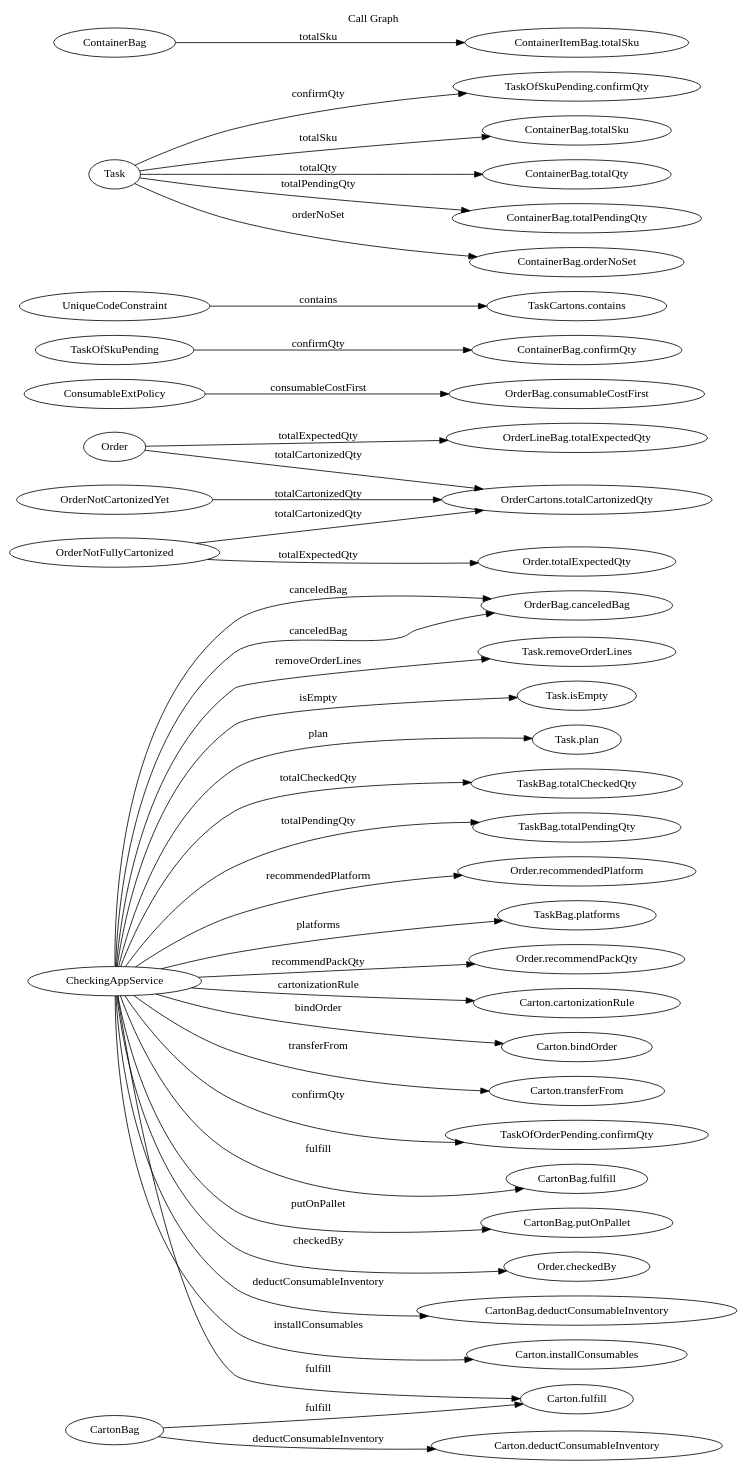
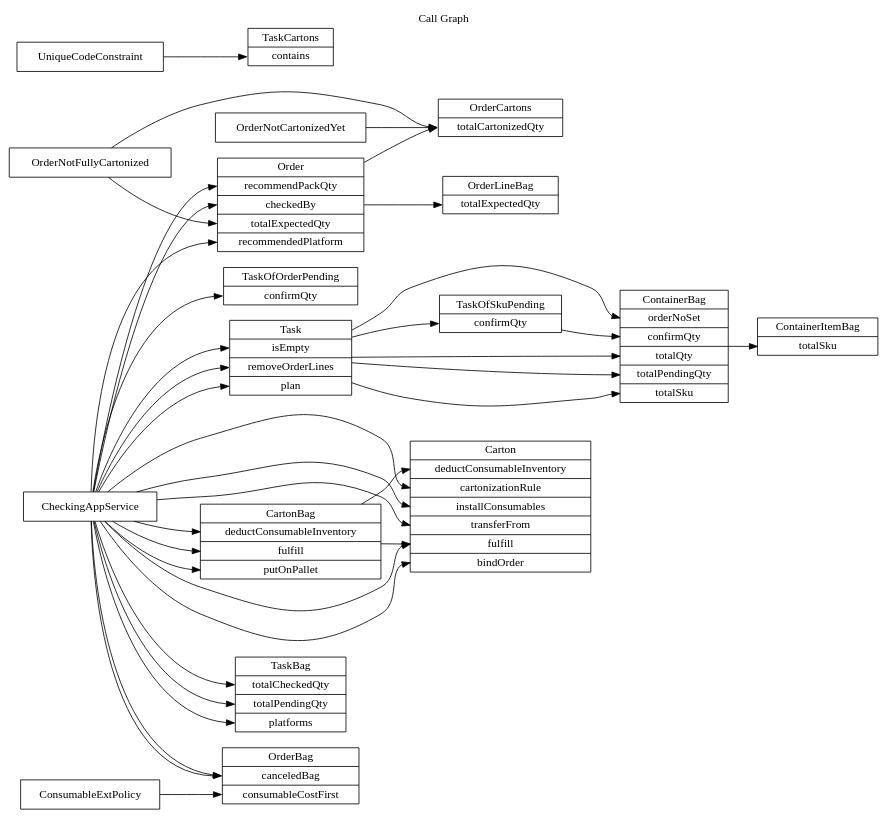
One commit to funkygao/cp-ddd-framework changed the diagram in doc/callgraph.dot. Above: the diagram before and after it, drawn with Graphviz. The commit also changed 5 other files, not shown here.

Commit message:
dot file with node shape=record look much better

```diff
--- a/doc/callgraph.dot
+++ b/doc/callgraph.dot
@@ -1,41 +1,57 @@
 digraph G {
    label="Call Graph";
    labelloc = "t";
    rankdir=LR;
-   CheckingAppService -> "OrderBag.canceledBag" [label="canceledBag"];
-   CheckingAppService -> "Task.removeOrderLines" [label="removeOrderLines"];
-   CheckingAppService -> "Task.isEmpty" [label="isEmpty"];
-   CheckingAppService -> "Task.plan" [label="plan"];
-   CheckingAppService -> "TaskBag.totalCheckedQty" [label="totalCheckedQty"];
-   CheckingAppService -> "TaskBag.totalPendingQty" [label="totalPendingQty"];
-   CheckingAppService -> "Order.recommendedPlatform" [label="recommendedPlatform"];
-   CheckingAppService -> "TaskBag.platforms" [label="platforms"];
-   CheckingAppService -> "OrderBag.canceledBag" [label="canceledBag"];
-   CheckingAppService -> "Order.recommendPackQty" [label="recommendPackQty"];
-   CheckingAppService -> "Carton.cartonizationRule" [label="cartonizationRule"];
-   CheckingAppService -> "Carton.bindOrder" [label="bindOrder"];
-   CheckingAppService -> "Carton.transferFrom" [label="transferFrom"];
-   CheckingAppService -> "TaskOfOrderPending.confirmQty" [label="confirmQty"];
-   CheckingAppService -> "CartonBag.fulfill" [label="fulfill"];
-   CheckingAppService -> "CartonBag.putOnPallet" [label="putOnPallet"];
-   CheckingAppService -> "Order.checkedBy" [label="checkedBy"];
-   CheckingAppService -> "CartonBag.deductConsumableInventory" [label="deductConsumableInventory"];
-   CheckingAppService -> "Carton.installConsumables" [label="installConsumables"];
-   CheckingAppService -> "Carton.fulfill" [label="fulfill"];
-   Order -> "OrderCartons.totalCartonizedQty" [label="totalCartonizedQty"];
-   Order -> "OrderLineBag.totalExpectedQty" [label="totalExpectedQty"];
-   OrderNotFullyCartonized -> "Order.totalExpectedQty" [label="totalExpectedQty"];
-   OrderNotFullyCartonized -> "OrderCartons.totalCartonizedQty" [label="totalCartonizedQty"];
-   OrderNotCartonizedYet -> "OrderCartons.totalCartonizedQty" [label="totalCartonizedQty"];
-   ConsumableExtPolicy -> "OrderBag.consumableCostFirst" [label="consumableCostFirst"];
-   CartonBag -> "Carton.fulfill" [label="fulfill"];
-   CartonBag -> "Carton.deductConsumableInventory" [label="deductConsumableInventory"];
-   TaskOfSkuPending -> "ContainerBag.confirmQty" [label="confirmQty"];
-   UniqueCodeConstraint -> "TaskCartons.contains" [label="contains"];
-   Task -> "TaskOfSkuPending.confirmQty" [label="confirmQty"];
-   Task -> "ContainerBag.totalSku" [label="totalSku"];
-   Task -> "ContainerBag.totalQty" [label="totalQty"];
-   Task -> "ContainerBag.totalPendingQty" [label="totalPendingQty"];
-   Task -> "ContainerBag.orderNoSet" [label="orderNoSet"];
-   ContainerBag -> "ContainerItemBag.totalSku" [label="totalSku"];
+   node [shape=record];
+
+   Order [label="<Order> Order|<recommendPackQty> recommendPackQty|<checkedBy> checkedBy|<totalExpectedQty> totalExpectedQty|<recommendedPlatform> recommendedPlatform"];
+   TaskOfOrderPending [label="<TaskOfOrderPending> TaskOfOrderPending|<confirmQty> confirmQty"];
+   Task [label="<Task> Task|<isEmpty> isEmpty|<removeOrderLines> removeOrderLines|<plan> plan"];
+   OrderCartons [label="<OrderCartons> OrderCartons|<totalCartonizedQty> totalCartonizedQty"];
+   OrderLineBag [label="<OrderLineBag> OrderLineBag|<totalExpectedQty> totalExpectedQty"];
+   TaskOfSkuPending [label="<TaskOfSkuPending> TaskOfSkuPending|<confirmQty> confirmQty"];
+   CartonBag [label="<CartonBag> CartonBag|<deductConsumableInventory> deductConsumableInventory|<fulfill> fulfill|<putOnPallet> putOnPallet"];
+   OrderBag [label="<OrderBag> OrderBag|<canceledBag> canceledBag|<consumableCostFirst> consumableCostFirst"];
+   TaskCartons [label="<TaskCartons> TaskCartons|<contains> contains"];
+   ContainerItemBag [label="<ContainerItemBag> ContainerItemBag|<totalSku> totalSku"];
+   TaskBag [label="<TaskBag> TaskBag|<totalCheckedQty> totalCheckedQty|<totalPendingQty> totalPendingQty|<platforms> platforms"];
+   ContainerBag [label="<ContainerBag> ContainerBag|<orderNoSet> orderNoSet|<confirmQty> confirmQty|<totalQty> totalQty|<totalPendingQty> totalPendingQty|<totalSku> totalSku"];
+   Carton [label="<Carton> Carton|<deductConsumableInventory> deductConsumableInventory|<cartonizationRule> cartonizationRule|<installConsumables> installConsumables|<transferFrom> transferFrom|<fulfill> fulfill|<bindOrder> bindOrder"];
+
+   CheckingAppService -> OrderBag:canceledBag
+   CheckingAppService -> Task:removeOrderLines
+   CheckingAppService -> Task:isEmpty
+   CheckingAppService -> Task:plan
+   CheckingAppService -> TaskBag:totalCheckedQty
+   CheckingAppService -> TaskBag:totalPendingQty
+   CheckingAppService -> Order:recommendedPlatform
+   CheckingAppService -> TaskBag:platforms
+   CheckingAppService -> OrderBag:canceledBag
+   CheckingAppService -> Order:recommendPackQty
+   CheckingAppService -> Carton:cartonizationRule
+   CheckingAppService -> Carton:bindOrder
+   CheckingAppService -> Carton:transferFrom
+   CheckingAppService -> TaskOfOrderPending:confirmQty
+   CheckingAppService -> CartonBag:fulfill
+   CheckingAppService -> CartonBag:putOnPallet
+   CheckingAppService -> Order:checkedBy
+   CheckingAppService -> CartonBag:deductConsumableInventory
+   CheckingAppService -> Carton:installConsumables
+   CheckingAppService -> Carton:fulfill
+   CartonBag -> Carton:fulfill
+   CartonBag -> Carton:deductConsumableInventory
+   ConsumableExtPolicy -> OrderBag:consumableCostFirst
+   Order -> OrderCartons:totalCartonizedQty
+   Order -> OrderLineBag:totalExpectedQty
+   OrderNotCartonizedYet -> OrderCartons:totalCartonizedQty
+   OrderNotFullyCartonized -> Order:totalExpectedQty
+   OrderNotFullyCartonized -> OrderCartons:totalCartonizedQty
+   ContainerBag -> ContainerItemBag:totalSku
+   UniqueCodeConstraint -> TaskCartons:contains
+   Task -> TaskOfSkuPending:confirmQty
+   Task -> ContainerBag:totalSku
+   Task -> ContainerBag:totalQty
+   Task -> ContainerBag:totalPendingQty
+   Task -> ContainerBag:orderNoSet
+   TaskOfSkuPending -> ContainerBag:confirmQty
 }
```
